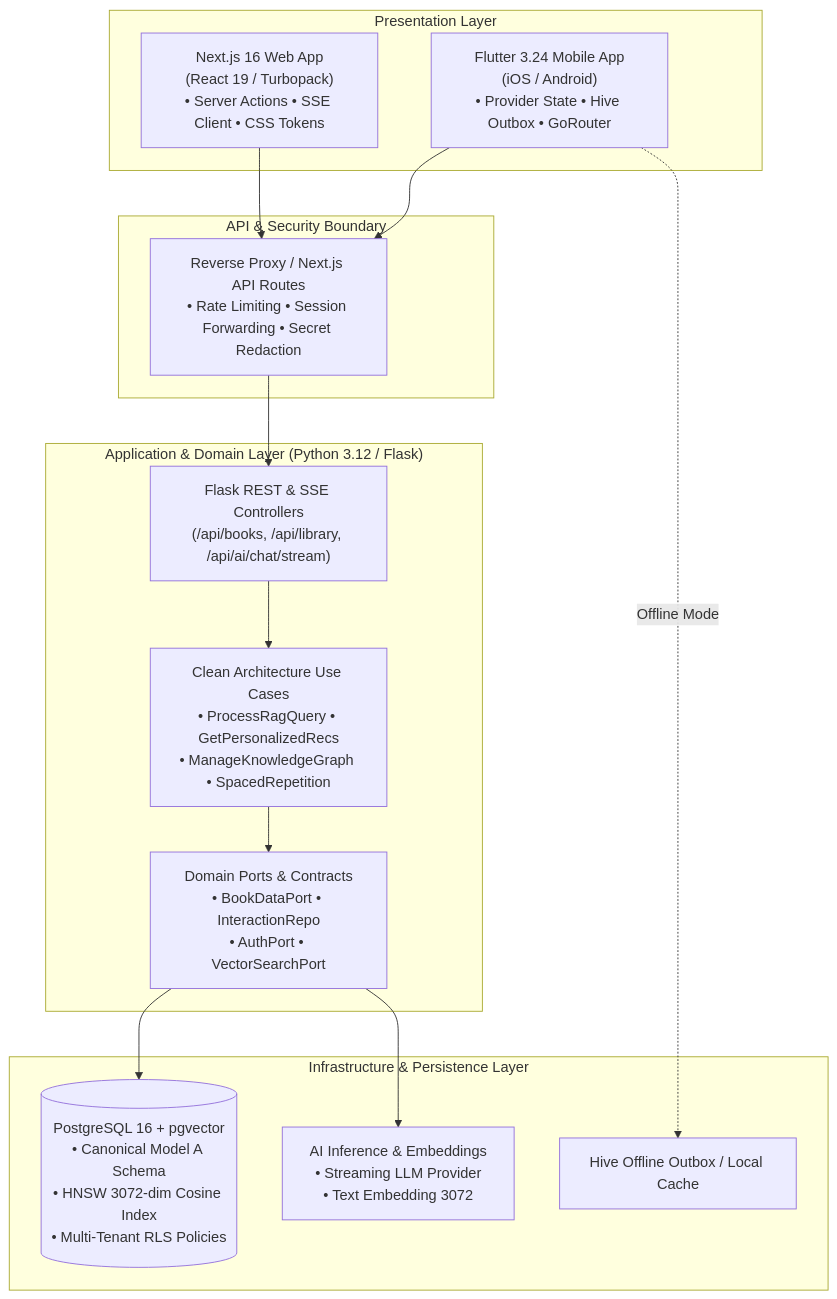
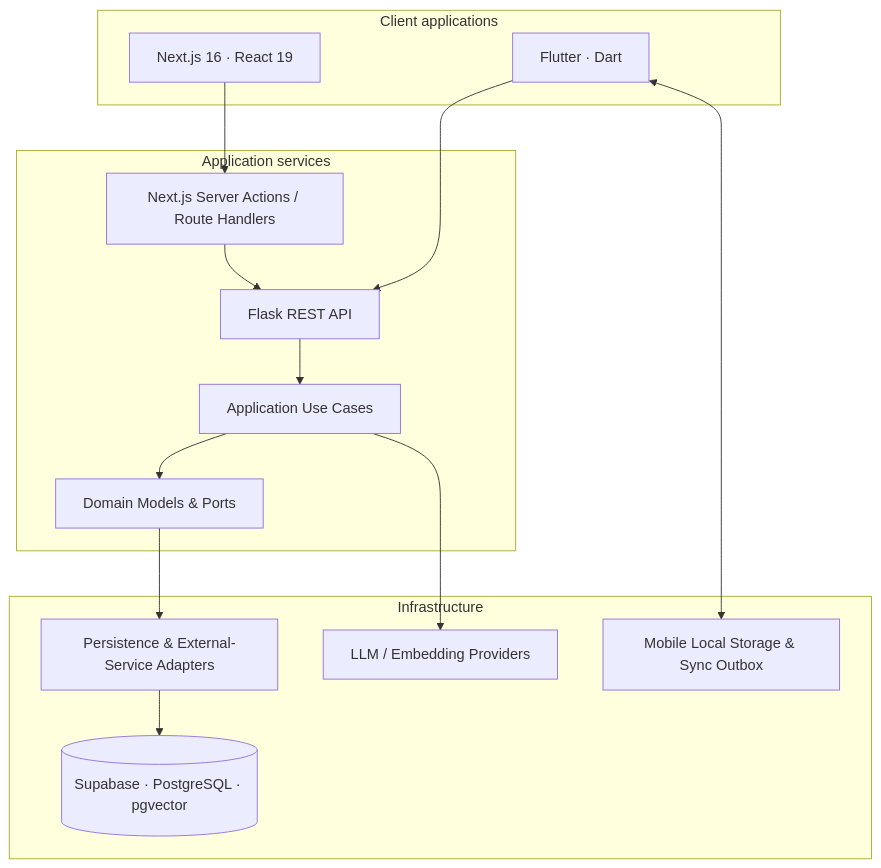
Before and after one commit to akifkeklik/book-ai-app: the diagram in README.md, drawn with Mermaid. The commit also changed other lines of this file and 9 other files, not shown here.

````diff
--- a/README.md
+++ b/README.md
@@ -123,32 +34,31 @@
-```mermaid
-flowchart TD
-    subgraph Clients["Presentation Layer"]
-        Mobile["Flutter 3.24 Mobile App<br/>(iOS / Android)<br/>• Provider State • Hive Outbox • GoRouter"]
-        Web["Next.js 16 Web App<br/>(React 19 / Turbopack)<br/>• Server Actions • SSE Client • CSS Tokens"]
+~~~mermaid
+flowchart TB
+    subgraph Clients["Client applications"]
+        WEB["Next.js 16 · React 19"]
+        MOBILE["Flutter · Dart"]
     end
 
-    subgraph Gateway["API & Security Boundary"]
-        ReverseProxy["Reverse Proxy / Next.js API Routes<br/>• Rate Limiting • Session Forwarding • Secret Redaction"]
+    subgraph Services["Application services"]
+        WEB_ACTIONS["Next.js Server Actions / Route Handlers"]
+        API["Flask REST API"]
+        USECASES["Application Use Cases"]
+        DOMAIN["Domain Models & Ports"]
     end
 
-    subgraph Backend["Application & Domain Layer (Python 3.12 / Flask)"]
-        Routes["Flask REST & SSE Controllers<br/>(/api/books, /api/library, /api/ai/chat/stream)"]
-        UseCases["Clean Architecture Use Cases<br/>• ProcessRagQuery • GetPersonalizedRecs<br/>• ManageKnowledgeGraph • SpacedRepetition"]
-        Ports["Domain Ports & Contracts<br/>• BookDataPort • InteractionRepo<br/>• AuthPort • VectorSearchPort"]
+    subgraph Infrastructure["Infrastructure"]
+        ADAPTERS["Persistence & External-Service Adapters"]
+        AI["LLM / Embedding Providers"]
+        DB[("Supabase · PostgreSQL · pgvector")]
+        LOCAL["Mobile Local Storage & Sync Outbox"]
     end
 
-    subgraph Data["Infrastructure & Persistence Layer"]
-        PG[("PostgreSQL 16 + pgvector<br/>• Canonical Model A Schema<br/>• HNSW 3072-dim Cosine Index<br/>• Multi-Tenant RLS Policies")]
-        LLM["AI Inference & Embeddings<br/>• Streaming LLM Provider<br/>• Text Embedding 3072"]
-        LocalCache["Hive Offline Outbox / Local Cache"]
-    end
-
-    Mobile --> ReverseProxy
-    Web --> ReverseProxy
-    Mobile -.->|Offline Mode| LocalCache
-    ReverseProxy --> Routes
-    Routes --> UseCases
-    UseCases --> Ports
-    Ports --> PG
-    Ports --> LLM
-```
+    WEB --> WEB_ACTIONS
+    WEB_ACTIONS --> API
+    MOBILE --> API
+    MOBILE <--> LOCAL
+    API --> USECASES
+    USECASES --> DOMAIN
+    DOMAIN --> ADAPTERS
+    ADAPTERS --> DB
+    USECASES --> AI
+~~~
````
